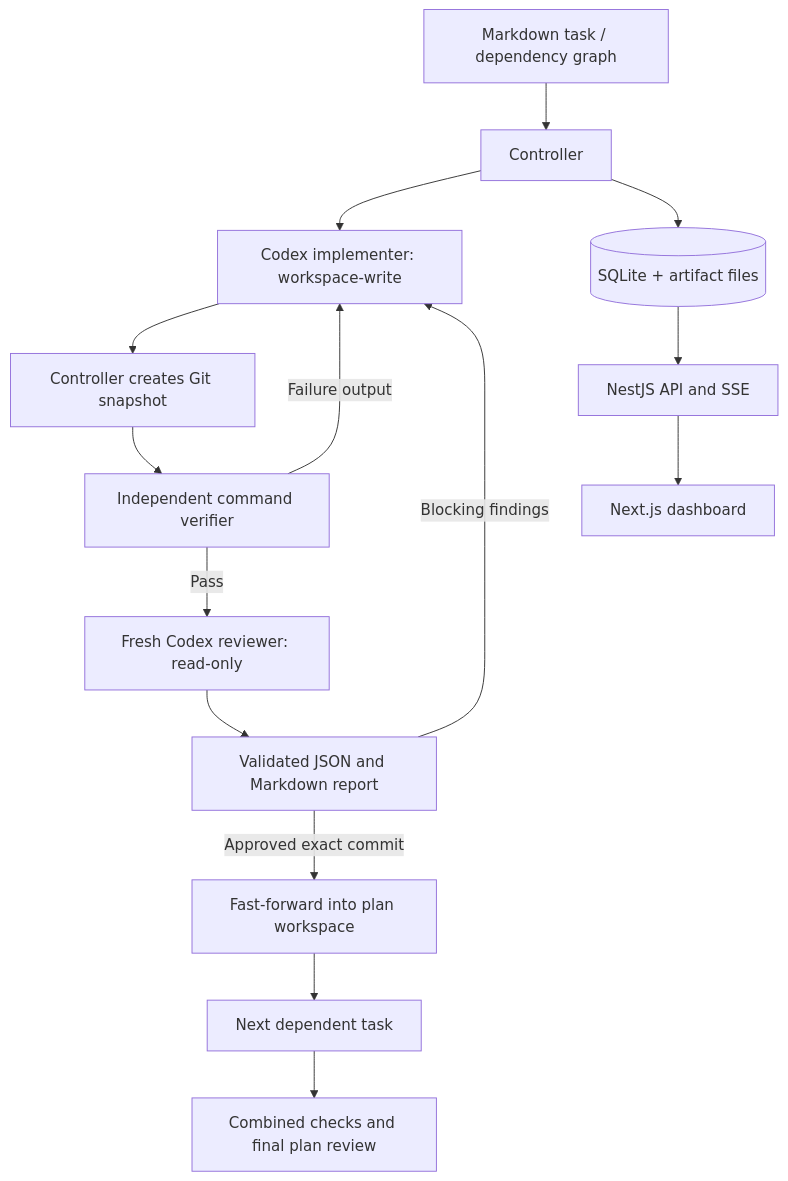
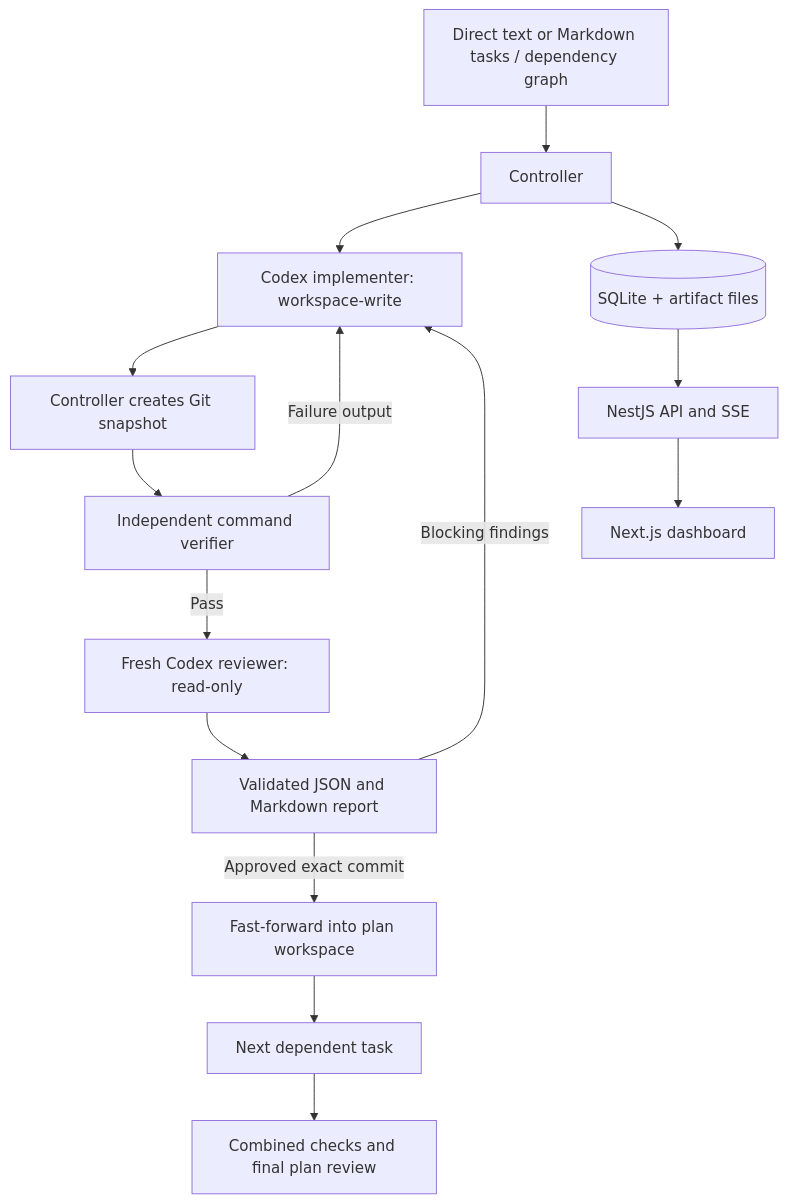
The diagram in docs/architecture.md (vupn199955/ai-coding-flow), drawn with Mermaid before and after one commit. The commit also changed other lines of this file and 17 other files, not shown here.

````diff
--- a/docs/architecture.md
+++ b/docs/architecture.md
@@ -5,17 +5,17 @@
 ```mermaid
 flowchart TD
-  MD[Markdown task / dependency graph] --> Controller
+  MD[Direct text or Markdown tasks / dependency graph] --> Controller
   Controller --> Implementer[Codex implementer: workspace-write]
   Implementer --> Snapshot[Controller creates Git snapshot]
   Snapshot --> Verifier[Independent command verifier]
   Verifier -->|Failure output| Implementer
   Verifier -->|Pass| Reviewer[Fresh Codex reviewer: read-only]
   Reviewer --> Verdict[Validated JSON and Markdown report]
   Verdict -->|Blocking findings| Implementer
   Verdict -->|Approved exact commit| Integrate[Fast-forward into plan workspace]
   Integrate --> Next[Next dependent task]
   Next --> Combined[Combined checks and final plan review]
   Controller --> SQLite[(SQLite + artifact files)]
   SQLite --> API[NestJS API and SSE]
   API --> Dashboard[Next.js dashboard]
 ```
````
